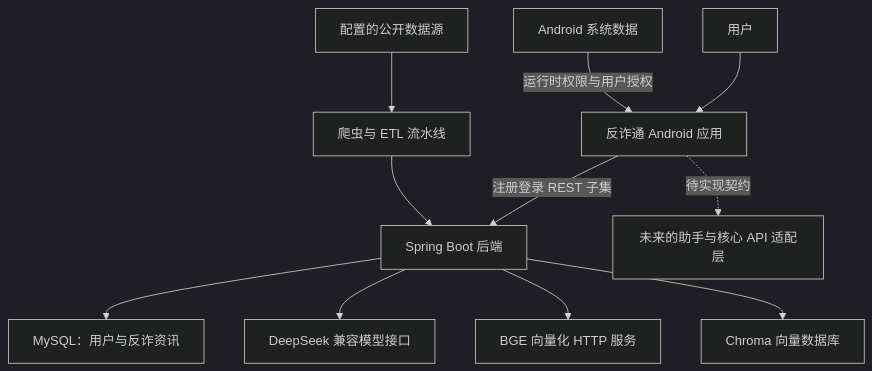
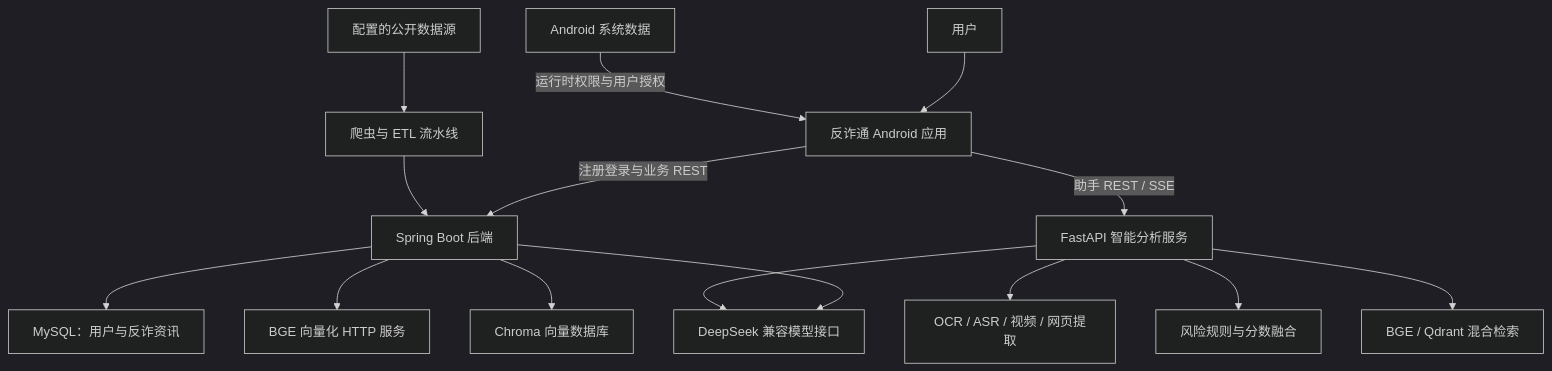
Before and after one commit to MagicVVu/FanZha: the first of 3 diagrams in docs/architecture.md, drawn with Mermaid (dark theme). The commit also changed other lines of this file and 3 other files, not shown here.

````diff
--- a/docs/architecture.md
+++ b/docs/architecture.md
@@ -11,13 +11,17 @@
 ```mermaid
 flowchart TB
     USER["用户"] --> APP["反诈通 Android 应用"]
     DEVICE["Android 系统数据"] -->|"运行时权限与用户授权"| APP
-    APP -->|"注册登录 REST 子集"| API["Spring Boot 后端"]
-    APP -. "待实现契约" .-> ADAPTER["未来的助手与核心 API 适配层"]
+    APP -->|"注册登录与业务 REST"| API["Spring Boot 后端"]
+    APP -->|"助手 REST / SSE"| ASSIST["FastAPI 智能分析服务"]
     API --> MYSQL["MySQL：用户与反诈资讯"]
     API --> MODEL["DeepSeek 兼容模型接口"]
     API --> EMBED["BGE 向量化 HTTP 服务"]
     API --> CHROMA["Chroma 向量数据库"]
     CRAWL["配置的公开数据源"] --> ETL["爬虫与 ETL 流水线"]
     ETL --> API
+    ASSIST --> EXTRACT["OCR / ASR / 视频 / 网页提取"]
+    ASSIST --> RULES["风险规则与分数融合"]
+    ASSIST --> QDRANT["BGE / Qdrant 混合检索"]
+    ASSIST --> MODEL
 ```
````
